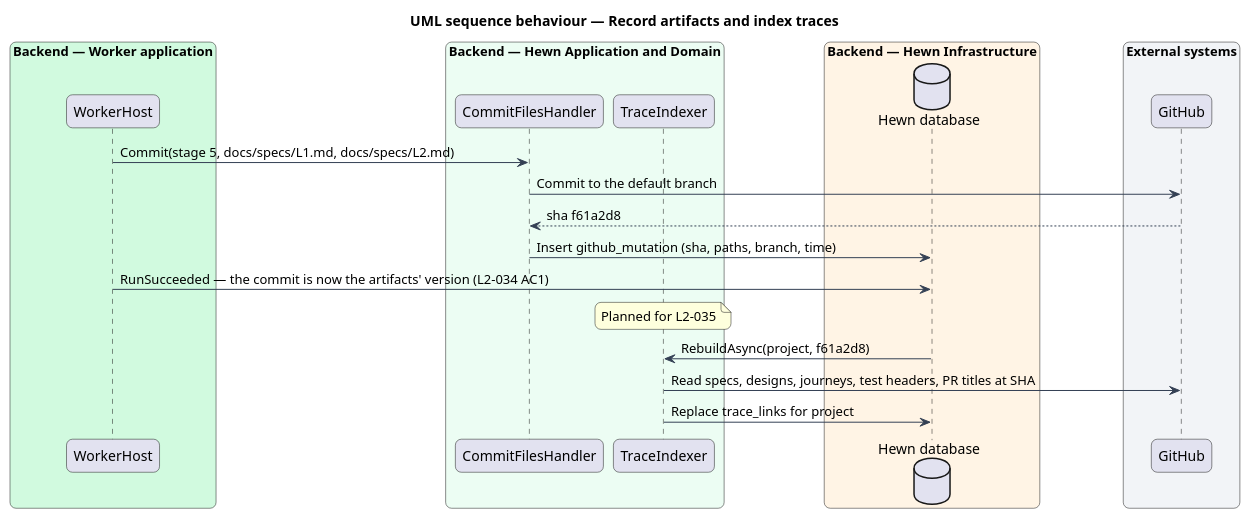
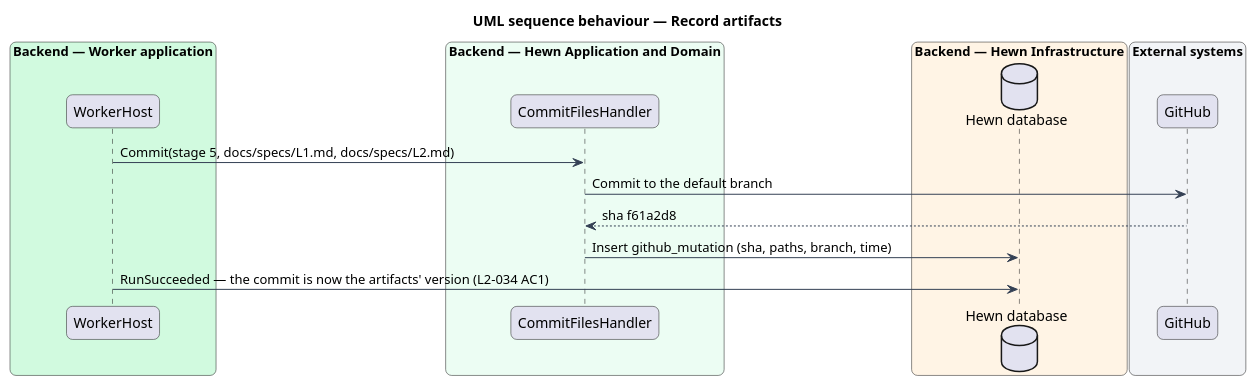
The diagram in docs/detailed-designs/mission-control/artifacts-and-traceability/diagrams/sequence-record-and-index.puml (QuinntyneBrown/hewn), drawn with PlantUML before and after one commit. The commit also changed 58 other files, not shown here.

```diff
--- a/docs/detailed-designs/mission-control/artifacts-and-traceability/diagrams/sequence-record-and-index.puml
+++ b/docs/detailed-designs/mission-control/artifacts-and-traceability/diagrams/sequence-record-and-index.puml
@@ -1,40 +1,35 @@
 @startuml
-title UML sequence behaviour — Record artifacts and index traces
+title UML sequence behaviour — Record artifacts
 skinparam backgroundColor #FFFFFF
 skinparam shadowing false
 skinparam roundcorner 12
 skinparam defaultFontName Arial
 skinparam ArrowColor #344054
 skinparam rectangle {
   BorderColor #344054
   FontColor #101828
 }
 skinparam package {
   BorderColor #667085
   FontColor #101828
   BackgroundColor #F9FAFB
 }
 skinparam sequenceMessageAlign left
 box "Backend — Worker application" #D1FADF
   participant "WorkerHost" as worker
 end box
 box "Backend — Hewn Application and Domain" #ECFDF3
   participant "CommitFilesHandler" as rec
-  participant "TraceIndexer" as idx
 end box
 box "Backend — Hewn Infrastructure" #FFF4E5
   database "Hewn database" as db
 end box
 box "External systems" #F2F4F7
   participant "GitHub" as gh
 end box
 worker -> rec : Commit(stage 5, docs/specs/L1.md, docs/specs/L2.md)
 rec -> gh : Commit to the default branch
 gh --> rec : sha f61a2d8
 rec -> db : Insert github_mutation (sha, paths, branch, time)
 worker -> db : RunSucceeded — the commit is now the artifacts' version (L2-034 AC1)
-note over idx : Planned for L2-035
-db -> idx : RebuildAsync(project, f61a2d8)
-idx -> gh : Read specs, designs, journeys, test headers, PR titles at SHA
-idx -> db : Replace trace_links for project
 @enduml
```
